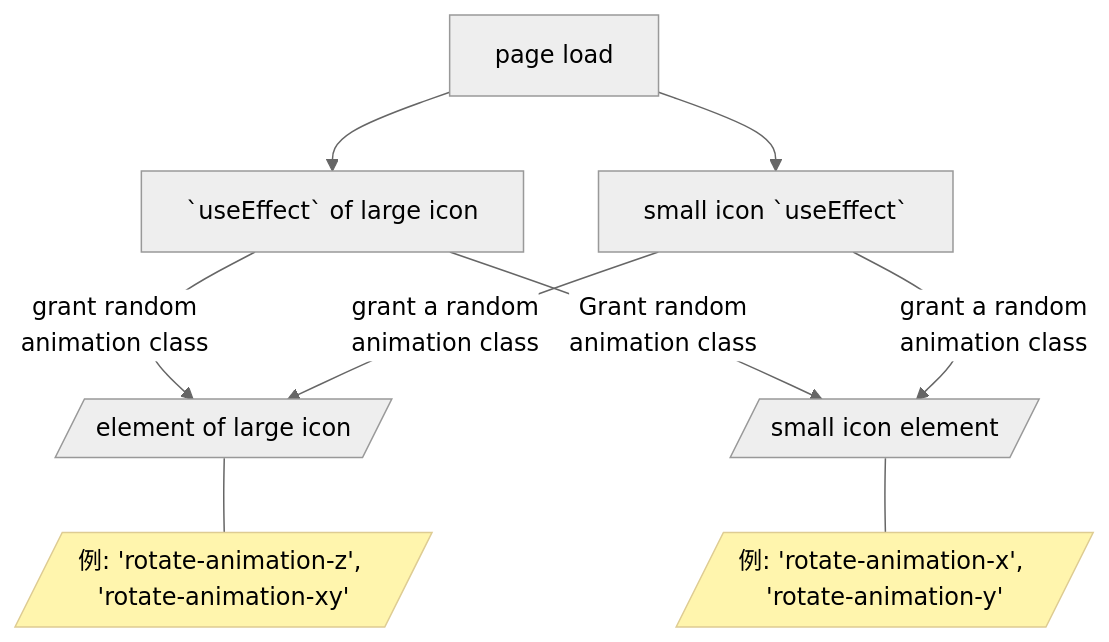
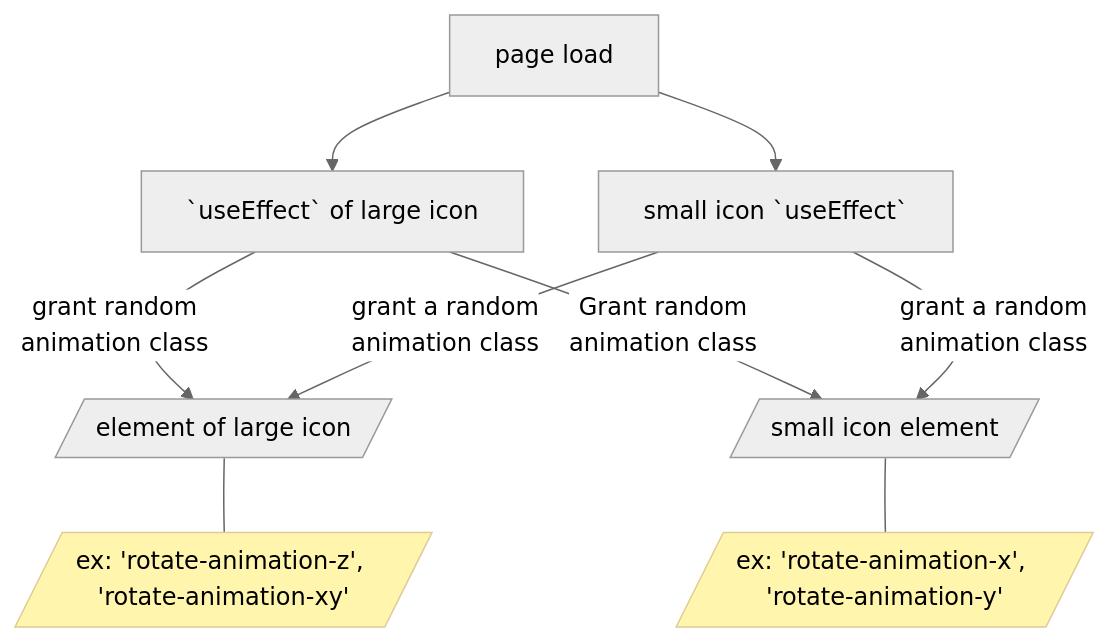
Before and after one commit to korosuke613/slides: the second of 2 diagrams in slides/rotate-my-icon/generated/implementation.md, drawn with Mermaid (neutral theme). The commit also changed other lines of this file, not shown here.

````diff
--- a/slides/rotate-my-icon/generated/implementation.md
+++ b/slides/rotate-my-icon/generated/implementation.md
@@ -497,13 +497,13 @@
 ```mermaid {scale: 0.9}
 flowchart
   classDef noteclass fill:#fff5ad,stroke:#decc93,color:#000;
 
   G[page load] --> A
   G[page load] --> C
   A[`useEffect` of large icon] --> |grant random <br>animation class| B[/element of large icon/]
   A --> |Grant random <br> animation class| D[/small icon element/]
   C[small icon `useEffect`] --> |grant a random <br>animation class| B
   C --> |grant a random <br>animation class| D
-  B --- E[/例: 'rotate-animation-z', 'rotate-animation-xy'/]:::noteclass
-  D --- F[/例: 'rotate-animation-x', 'rotate-animation-y'/]:::noteclass
+  B --- E[/ex: 'rotate-animation-z', 'rotate-animation-xy'/]:::noteclass
+  D --- F[/ex: 'rotate-animation-x', 'rotate-animation-y'/]:::noteclass
 ```
````
